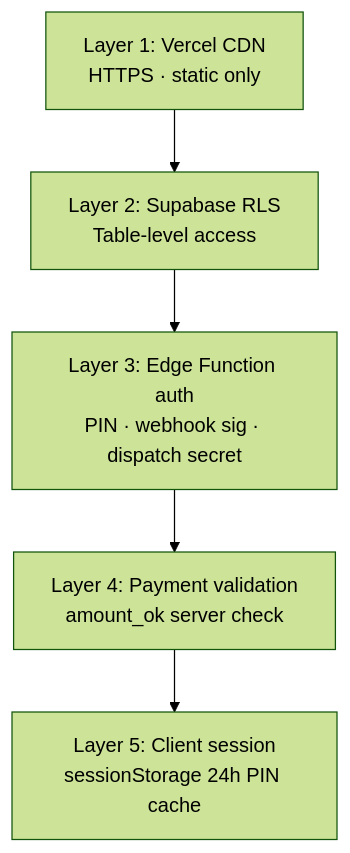
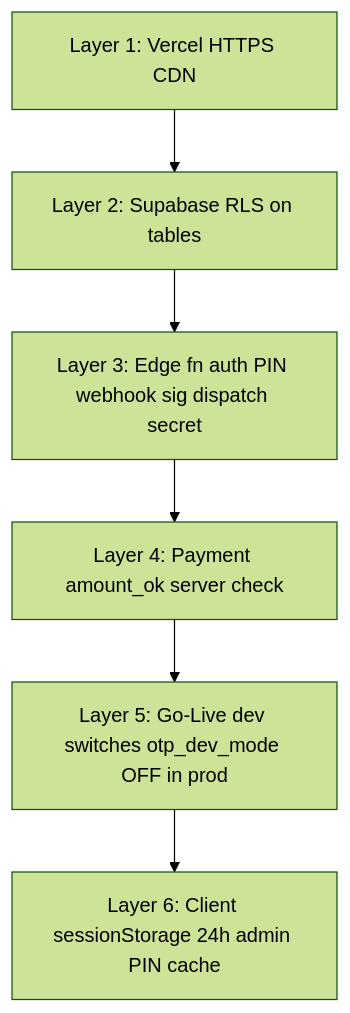
One commit to scanversecorp/scanverse changed the seventh of 7 diagrams in docs/ARCHITECTURE.md. Above: the diagram before and after it, drawn with Mermaid (forest theme). The commit also changed other lines of this file and 14 other files, not shown here.

First line of the commit message:
Update architecture and data-flow diagrams for v5.5.3.

````diff
--- a/docs/ARCHITECTURE.md
+++ b/docs/ARCHITECTURE.md
@@ -191,10 +242,11 @@
 ```mermaid
 flowchart TB
-    L1["Layer 1: Vercel CDN<br/>HTTPS · static only"]
-    L2["Layer 2: Supabase RLS<br/>Table-level access"]
-    L3["Layer 3: Edge Function auth<br/>PIN · webhook sig · dispatch secret"]
-    L4["Layer 4: Payment validation<br/>amount_ok server check"]
-    L5["Layer 5: Client session<br/>sessionStorage 24h PIN cache"]
+    L1["Layer 1: Vercel HTTPS CDN"]
+    L2["Layer 2: Supabase RLS on tables"]
+    L3["Layer 3: Edge fn auth PIN webhook sig dispatch secret"]
+    L4["Layer 4: Payment amount_ok server check"]
+    L5["Layer 5: Go-Live dev switches otp_dev_mode OFF in prod"]
+    L6["Layer 6: Client sessionStorage 24h admin PIN cache"]
 
-    L1 --> L2 --> L3 --> L4 --> L5
+    L1 --> L2 --> L3 --> L4 --> L5 --> L6
 ```
````
